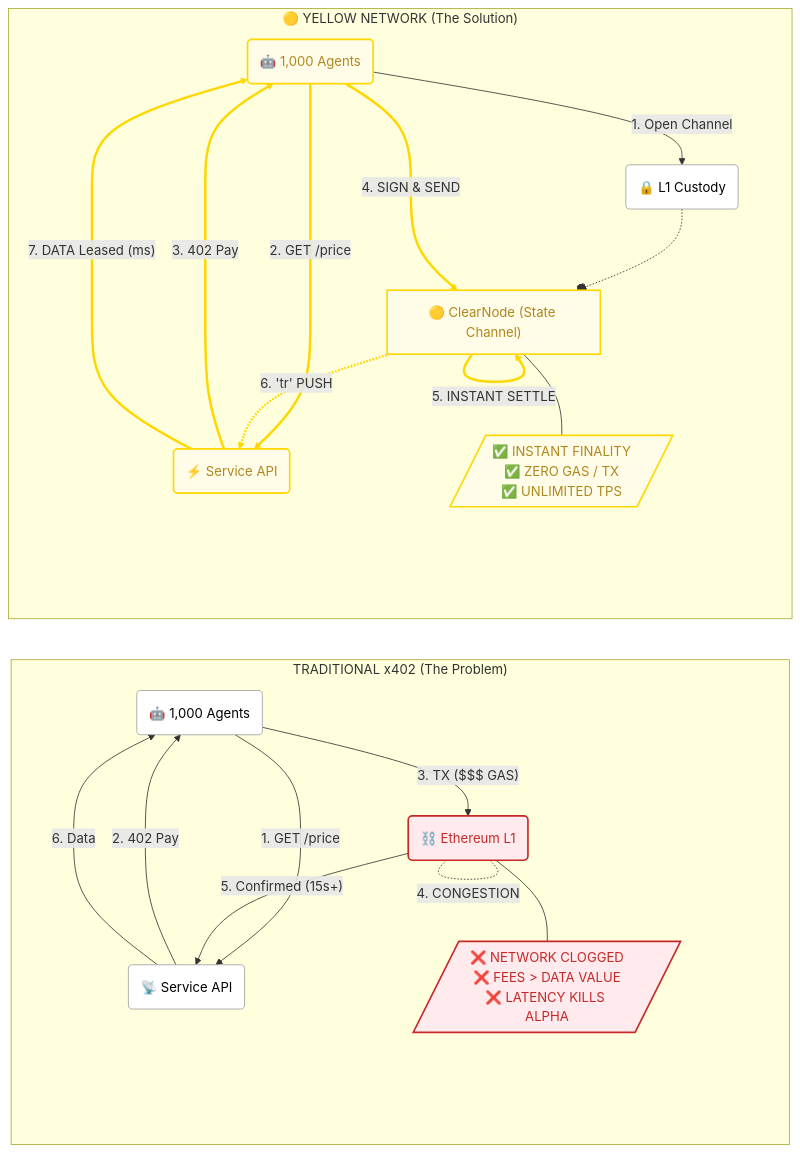
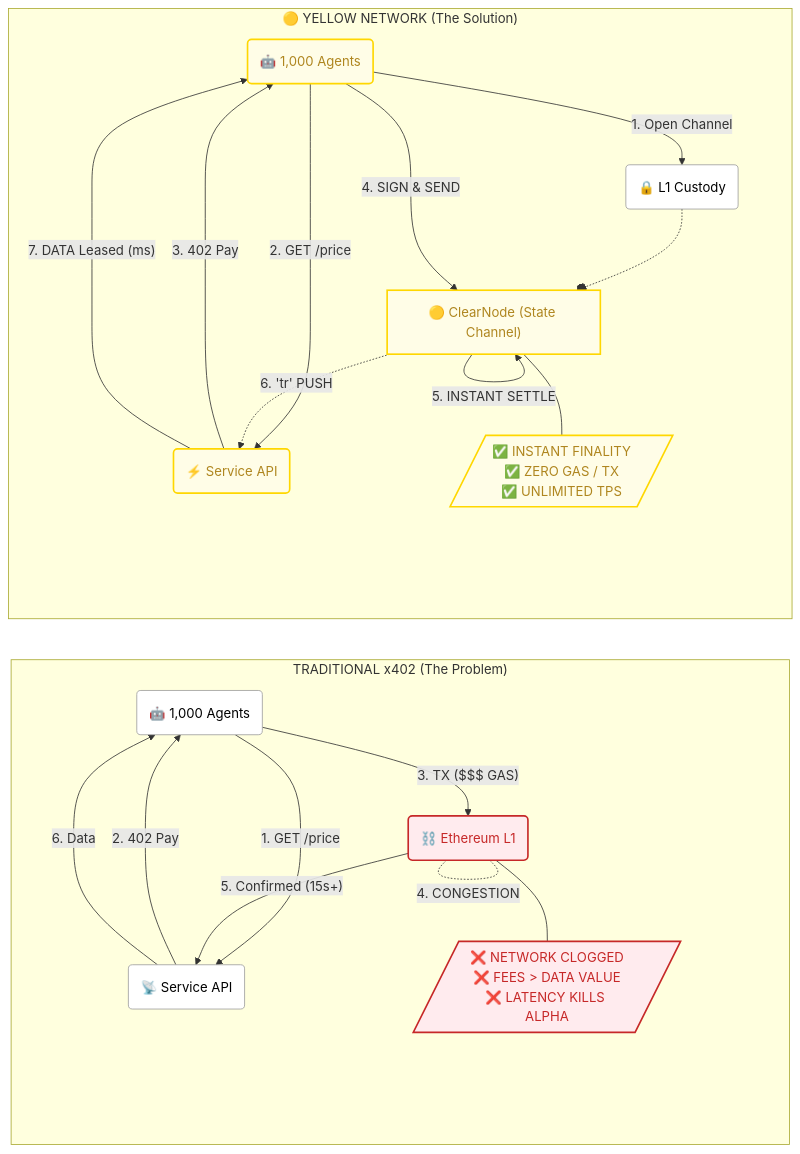
The diagram in yellow-x402-agent/README.md (FrankiePower/Yellow-x402), drawn with Mermaid before and after one commit.

Commit message:
Remove Mermaid linkStyle to fix rendering crash

````diff
--- a/yellow-x402-agent/README.md
+++ b/yellow-x402-agent/README.md
@@ -20,53 +20,53 @@
 ```mermaid
 flowchart LR
     %% Global Styling
     classDef plain fill:#fff,stroke:#9e9e9e,stroke-width:1px,color:#000;
     classDef red fill:#ffebee,stroke:#c62828,stroke-width:2px,color:#c62828;
     classDef gold fill:#fffde7,stroke:gold,stroke-width:2px,color:#af861f;
     
     %% Left Side: Traditional
     subgraph TRADITIONAL ["TRADITIONAL x402 (The Problem)"]
         direction TB
         T_Agents("🤖 1,000 Agents"):::plain
         T_API("📡 Service API"):::plain
         L1("⛓️ Ethereum L1"):::red
         
         T_Agents -->|"1. GET /price"| T_API
         T_API -->|"2. 402 Pay"| T_Agents
         T_Agents -->|"3. TX ($$$ GAS)"| L1
         L1 -.-|"4. CONGESTION"| L1
         L1 -->|"5. Confirmed (15s+)"| T_API
         T_API -->|"6. Data"| T_Agents
 
         Err[/"❌ NETWORK CLOGGED<br/>❌ FEES > DATA VALUE<br/>❌ LATENCY KILLS ALPHA"/]:::red
         L1 --- Err
     end
 
     %% Right Side: Yellow
     subgraph YELLOW ["🟡 YELLOW NETWORK (The Solution)"]
         direction TB
         Y_Agents("🤖 1,000 Agents"):::gold
         Y_API("⚡ Service API"):::gold
         Node["🟡 ClearNode (State Channel)"]:::gold
         Custody("🔒 L1 Custody"):::plain
         
         %% Setup
         Y_Agents --"1. Open Channel"--> Custody
         Custody -.-o Node
 
         %% Fast Loop
         Y_Agents -->|"2. GET /price"| Y_API
         Y_API -->|"3. 402 Pay"| Y_Agents
         
         Y_Agents -->|"4. SIGN & SEND"| Node
         Node -->|"5. INSTANT SETTLE"| Node
         Node -.->|"6. 'tr' PUSH"| Y_API
         Y_API -->|"7. DATA Leased (ms)"| Y_Agents
 
         Win[/"✅ INSTANT FINALITY<br/>✅ ZERO GAS / TX<br/>✅ UNLIMITED TPS"/]:::gold
         Node --- Win
     end
 
-    %% Styles for Yellow Loop (Indices depend on definition order)
-    linkStyle 9,10,11,12,13,14 stroke:gold,stroke-width:3px;
+    %% Styles for Yellow Loop (Indices stripped to fix render error)
+
 ```
````
